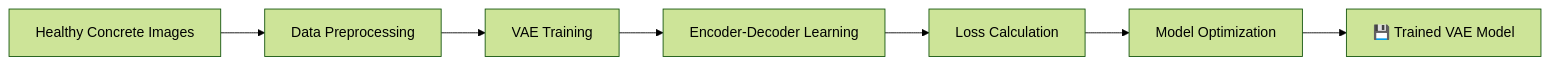
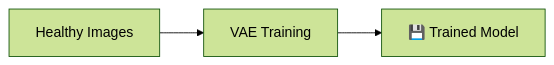
One commit to PratikNichite/Anomaly-Detection-for-Infrastructure-Monitoring changed the first of 2 diagrams in readme.md. Above: the diagram before and after it, drawn with Mermaid (forest theme). The commit also changed other lines of this file, not shown here.

````diff
--- a/readme.md
+++ b/readme.md
@@ -34,9 +34,4 @@
 ```mermaid
 graph LR
-    A[Healthy Concrete Images] --> B[Data Preprocessing]
-    B --> C[VAE Training]
-    C --> D[Encoder-Decoder Learning]
-    D --> E[Loss Calculation]
-    E --> F[Model Optimization]
-    F --> G[💾 Trained VAE Model]
+    A[Healthy Images] --> B[VAE Training] --> C[💾 Trained Model]
 ```
````
